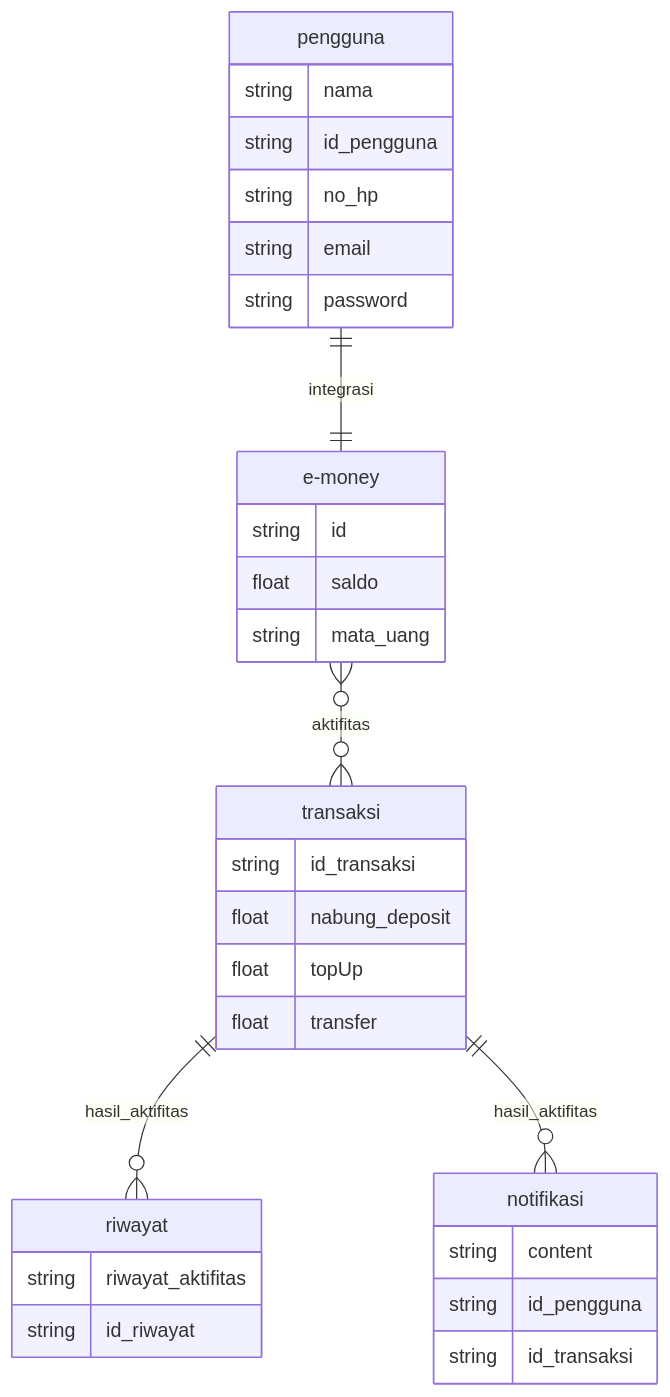
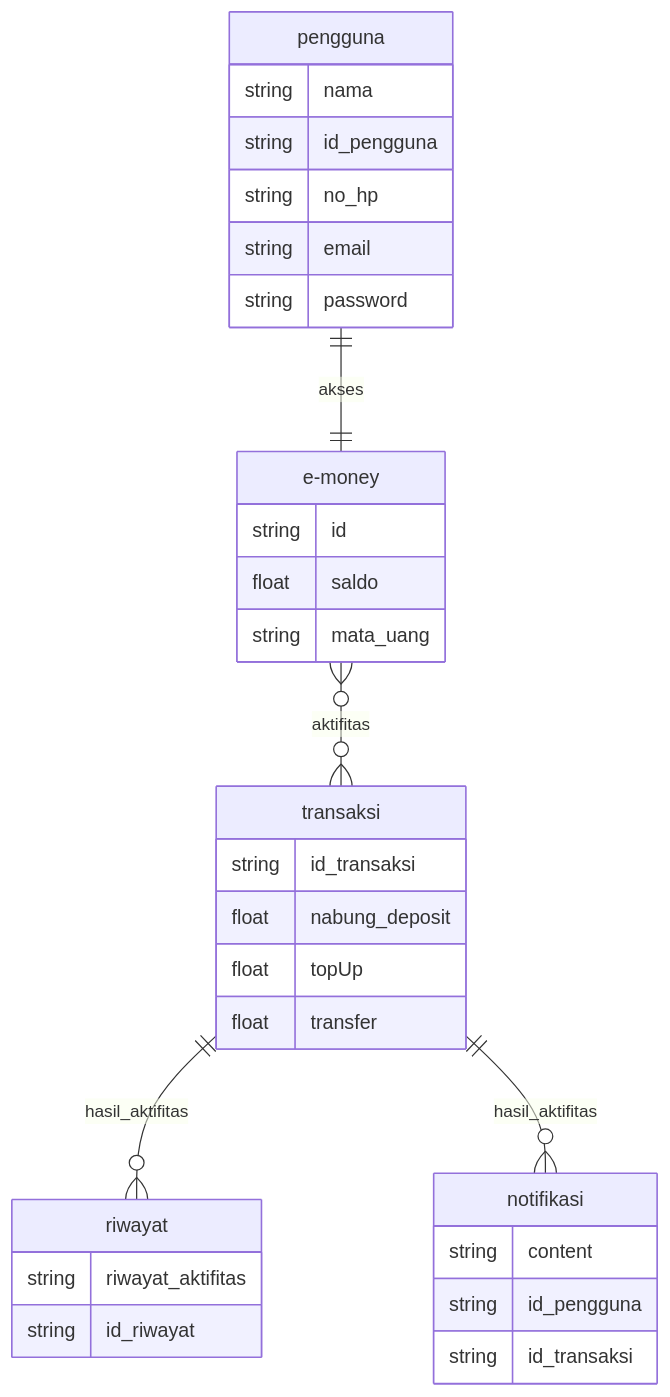
The diagram in database2.md (abdullah-fikri/koda-b4-db2), drawn with Mermaid before and after one commit. The commit also changed 1 other file, not shown here.

Commit message:
fix: normalisasi erd 1nf

````diff
--- a/database2.md
+++ b/database2.md
@@ -1,38 +1,38 @@
 ```mermaid
 erDiagram
    pengguna {
         string nama
         string id_pengguna
         string no_hp
         string email
         string password
     }
 
     e-money {
         string id
         float saldo
         string mata_uang
     }
 
     transaksi {
         string id_transaksi
         float nabung_deposit
         float topUp
         float transfer
     }
     riwayat {
         string riwayat_aktifitas
         string id_riwayat
     }
     notifikasi {
         string content
         string id_pengguna
         string id_transaksi
     }
 
-    pengguna ||--|| e-money : integrasi
+    pengguna ||--|| e-money : akses
     e-money }o--o{ transaksi : aktifitas
     transaksi ||--o{ riwayat : hasil_aktifitas
     transaksi || --o{ notifikasi : hasil_aktifitas
 
 ```
````
